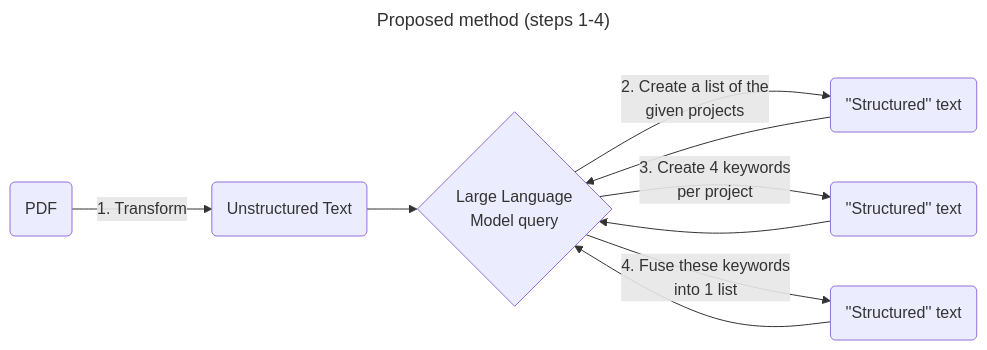
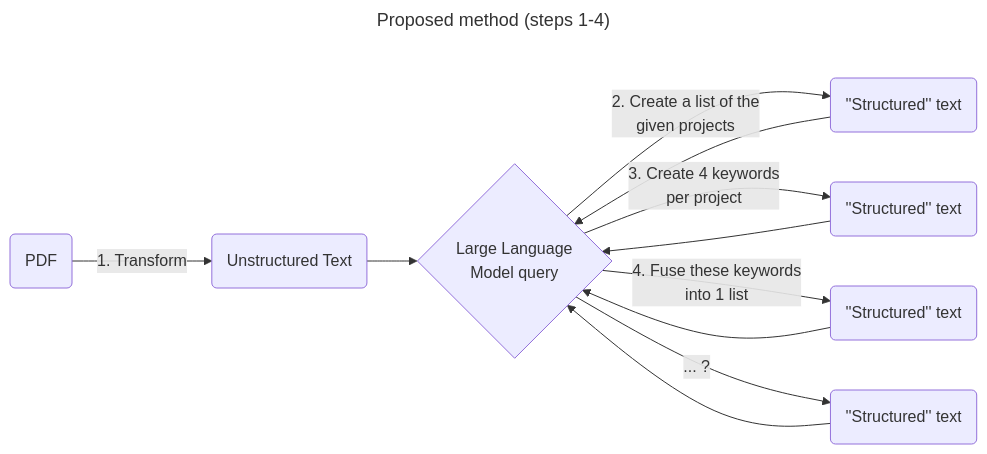
Before and after one commit to VCityTeam/PEPR-VDBI: the diagram in data-integration/README.md, drawn with Mermaid. The commit also changed other lines of this file and 5 other files, not shown here.

````diff
--- a/data-integration/README.md
+++ b/data-integration/README.md
@@ -5,14 +15,16 @@
 ```mermaid
 ---
 title: Proposed method (steps 1-4)
 ---
 flowchart LR
     A(PDF) -->|1. Transform| B(Unstructured Text)
     B --> C{Large Language\n Model query}
     C -->|2. Create a list of the\n given projects| X(''Structured'' text)
     C -->|3. Create 4 keywords\n per project| Y(''Structured'' text)
     C -->|4. Fuse these keywords\n into 1 list| Z(''Structured'' text)
+    C -->|... ?| AA(''Structured'' text)
     X --> C
     Y --> C
     Z --> C
+    AA --> C
 ```
````
